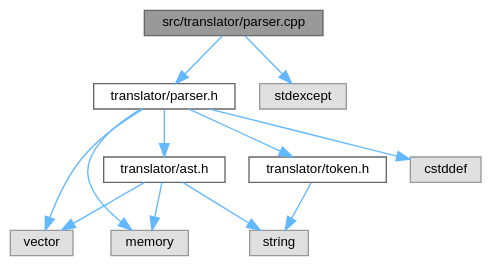
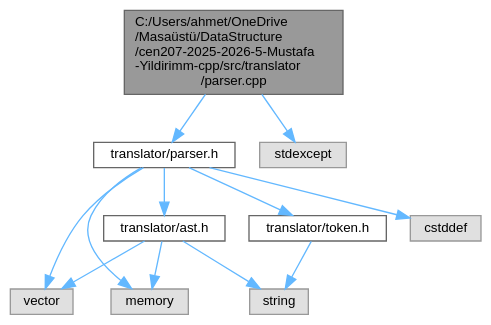
One commit to mustafayldrnn/cen207-2025-2026-5-Mustafa-Yildirimm-cpp changed the diagram in docs/doxygenlibwin/rtf/parser_8cpp__incl.dot. Above: the diagram before and after it, drawn with Graphviz. The commit also changed 1110 other files, not shown here.

```diff
--- a/docs/doxygenlibwin/rtf/parser_8cpp__incl.dot
+++ b/docs/doxygenlibwin/rtf/parser_8cpp__incl.dot
@@ -1,28 +1,28 @@
-digraph "src/translator/parser.cpp"
+digraph "C:/Users/ahmet/OneDrive/Masaüstü/DataStructure/cen207-2025-2026-5-Mustafa-Yildirimm-cpp/src/translator/parser.cpp"
 {
  // INTERACTIVE_SVG=YES
  // LATEX_PDF_SIZE
   bgcolor="transparent";
   edge [fontname=Helvetica,fontsize=10,labelfontname=Helvetica,labelfontsize=10];
   node [fontname=Helvetica,fontsize=10,shape=box,height=0.2,width=0.4];
-  Node1 [id="Node000001",label="src/translator/parser.cpp",height=0.2,width=0.4,color="gray40", fillcolor="grey60", style="filled", fontcolor="black",tooltip="Parser uygulaması: Token dizisinden AST üretir."];
+  Node1 [id="Node000001",label="C:/Users/ahmet/OneDrive\l/Masaüstü/DataStructure\l/cen207-2025-2026-5-Mustafa\l-Yildirimm-cpp/src/translator\l/parser.cpp",height=0.2,width=0.4,color="gray40", fillcolor="grey60", style="filled", fontcolor="black",tooltip="Parser uygulaması: Token dizisinden AST üretir."];
   Node1 -> Node2 [id="edge23_Node000001_Node000002",color="steelblue1",style="solid",tooltip=" "];
   Node2 [id="Node000002",label="translator/parser.h",height=0.2,width=0.4,color="grey40", fillcolor="white", style="filled",URL="$parser_8h.html",tooltip="Leksik belirteçlerden AST üreten sözdizim analizcisi."];
   Node2 -> Node3 [id="edge24_Node000002_Node000003",color="steelblue1",style="solid",tooltip=" "];
   Node3 [id="Node000003",label="vector",height=0.2,width=0.4,color="grey60", fillcolor="#E0E0E0", style="filled",tooltip=" "];
   Node2 -> Node4 [id="edge25_Node000002_Node000004",color="steelblue1",style="solid",tooltip=" "];
   Node4 [id="Node000004",label="memory",height=0.2,width=0.4,color="grey60", fillcolor="#E0E0E0", style="filled",tooltip=" "];
   Node2 -> Node5 [id="edge26_Node000002_Node000005",color="steelblue1",style="solid",tooltip=" "];
   Node5 [id="Node000005",label="cstddef",height=0.2,width=0.4,color="grey60", fillcolor="#E0E0E0", style="filled",tooltip=" "];
   Node2 -> Node6 [id="edge27_Node000002_Node000006",color="steelblue1",style="solid",tooltip=" "];
   Node6 [id="Node000006",label="translator/token.h",height=0.2,width=0.4,color="grey40", fillcolor="white", style="filled",URL="$token_8h.html",tooltip="Leksik belirteç türleri ve veri yapısı"];
   Node6 -> Node7 [id="edge28_Node000006_Node000007",color="steelblue1",style="solid",tooltip=" "];
   Node7 [id="Node000007",label="string",height=0.2,width=0.4,color="grey60", fillcolor="#E0E0E0", style="filled",tooltip=" "];
   Node2 -> Node8 [id="edge29_Node000002_Node000008",color="steelblue1",style="solid",tooltip=" "];
   Node8 [id="Node000008",label="translator/ast.h",height=0.2,width=0.4,color="grey40", fillcolor="white", style="filled",URL="$ast_8h.html",tooltip="Basit ifade ve deyim ağaçları (AST) tanımları"];
   Node8 -> Node4 [id="edge30_Node000008_Node000004",color="steelblue1",style="solid",tooltip=" "];
   Node8 -> Node7 [id="edge31_Node000008_Node000007",color="steelblue1",style="solid",tooltip=" "];
   Node8 -> Node3 [id="edge32_Node000008_Node000003",color="steelblue1",style="solid",tooltip=" "];
   Node1 -> Node9 [id="edge33_Node000001_Node000009",color="steelblue1",style="solid",tooltip=" "];
   Node9 [id="Node000009",label="stdexcept",height=0.2,width=0.4,color="grey60", fillcolor="#E0E0E0", style="filled",tooltip=" "];
 }
```
